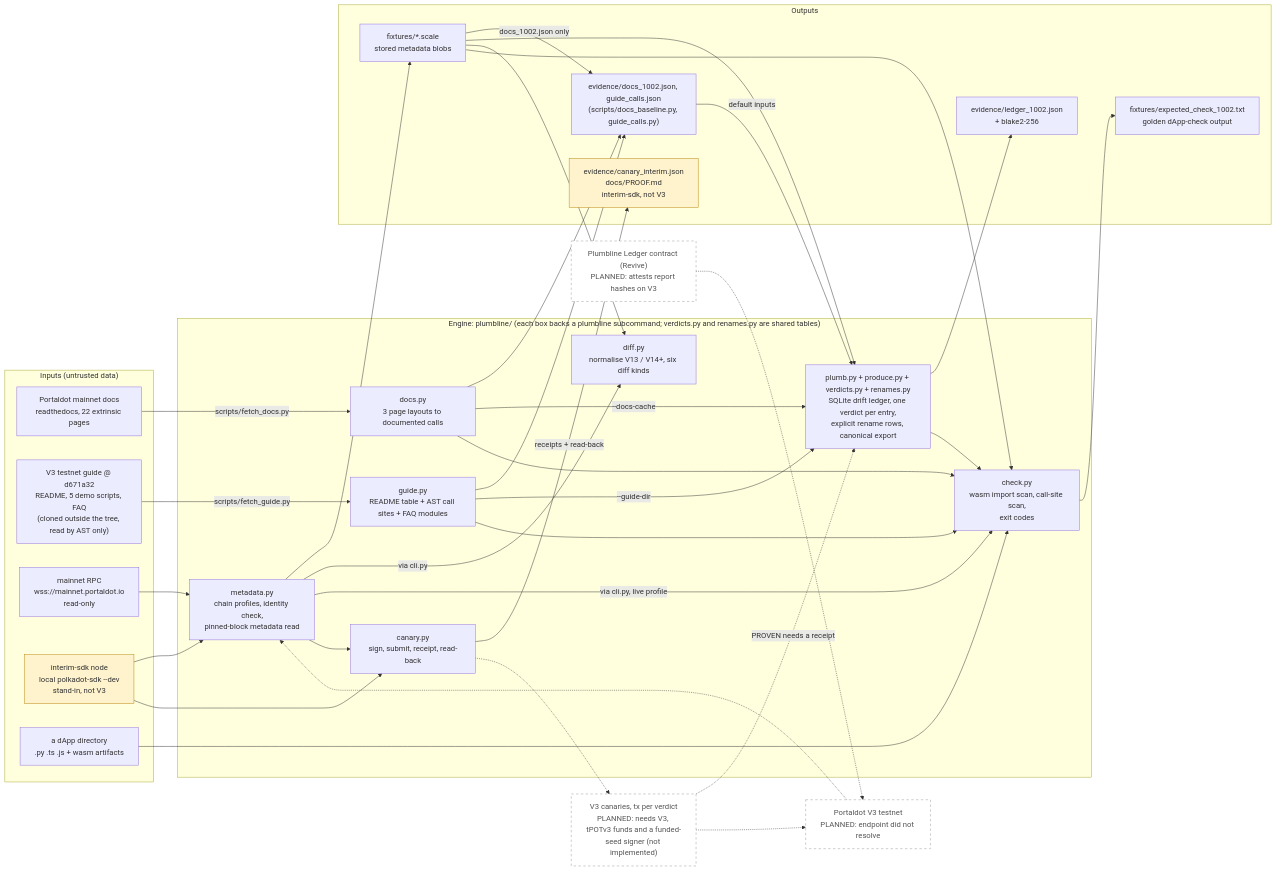
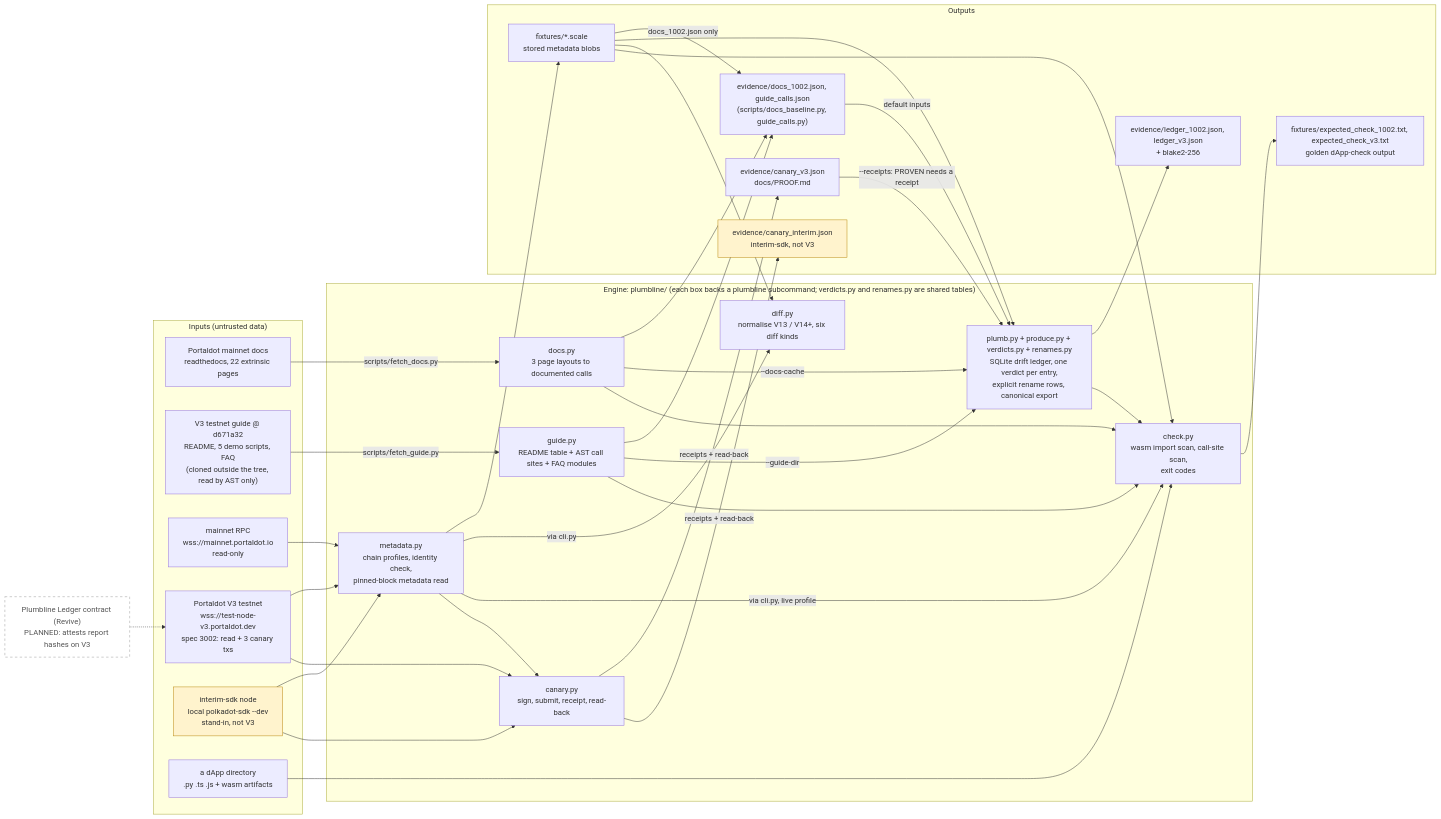
One commit to edycutjong/portaldot-hackathon-2026-plumbline-edycu changed the diagram in README.md. Above: the diagram before and after it, drawn with Mermaid. The commit also changed other lines of this file and 4 other files, not shown here.

Commit message:
docs: README, ARCHITECTURE and evidence index move from 'V3 pending' to the V3 measurements and canaries; metadata hash varies by one Revive default byte between blocks

````diff
--- a/README.md
+++ b/README.md
@@ -78,68 +94,68 @@
 ```mermaid
 flowchart LR
     subgraph IN["Inputs (untrusted data)"]
         RTD["Portaldot mainnet docs<br/>readthedocs, 22 extrinsic pages"]
         GD["V3 testnet guide @ d671a32<br/>README, 5 demo scripts, FAQ<br/>(cloned outside the tree, read by AST only)"]
         MAIN["mainnet RPC<br/>wss://mainnet.portaldot.io<br/>read-only"]
+        V3N["Portaldot V3 testnet<br/>wss://test-node-v3.portaldot.dev<br/>spec 3002: read + 3 canary txs"]
         INT["interim-sdk node<br/>local polkadot-sdk --dev<br/>stand-in, not V3"]
         APP["a dApp directory<br/>.py .ts .js + wasm artifacts"]
     end
 
     subgraph ENG["Engine: plumbline/ (each box backs a plumbline subcommand; verdicts.py and renames.py are shared tables)"]
         MD["metadata.py<br/>chain profiles, identity check,<br/>pinned-block metadata read"]
         DOCS["docs.py<br/>3 page layouts to documented calls"]
         GUIDE["guide.py<br/>README table + AST call sites + FAQ modules"]
         PLUMB["plumb.py + produce.py + verdicts.py + renames.py<br/>SQLite drift ledger, one verdict per entry,<br/>explicit rename rows, canonical export"]
         DIFF["diff.py<br/>normalise V13 / V14+, six diff kinds"]
         CHECK["check.py<br/>wasm import scan, call-site scan,<br/>exit codes"]
         CANARY["canary.py<br/>sign, submit, receipt, read-back"]
     end
 
     subgraph OUT["Outputs"]
         FIX["fixtures/*.scale<br/>stored metadata blobs"]
         TBL["evidence/docs_1002.json, guide_calls.json<br/>(scripts/docs_baseline.py, guide_calls.py)"]
-        EVD["evidence/ledger_1002.json<br/>+ blake2-256"]
-        GOLD["fixtures/expected_check_1002.txt<br/>golden dApp-check output"]
-        PROOF["evidence/canary_interim.json<br/>docs/PROOF.md<br/>interim-sdk, not V3"]
+        EVD["evidence/ledger_1002.json, ledger_v3.json<br/>+ blake2-256"]
+        GOLD["fixtures/expected_check_1002.txt, expected_check_v3.txt<br/>golden dApp-check output"]
+        PROOF["evidence/canary_v3.json<br/>docs/PROOF.md"]
+        PROOFI["evidence/canary_interim.json<br/>interim-sdk, not V3"]
     end
 
     MAIN --> MD
+    V3N --> MD
     INT --> MD
     MD --> FIX
     RTD -->|scripts/fetch_docs.py| DOCS
     GD -->|scripts/fetch_guide.py| GUIDE
     DOCS --> TBL
     GUIDE --> TBL
     FIX -->|docs_1002.json only| TBL
     TBL -->|default inputs| PLUMB
     DOCS -->|--docs-cache| PLUMB
     GUIDE -->|--guide-dir| PLUMB
     FIX --> PLUMB
     PLUMB --> EVD
     FIX --> DIFF
     MD -->|via cli.py| DIFF
     FIX --> CHECK
     MD -->|via cli.py, live profile| CHECK
     APP --> CHECK
     DOCS --> CHECK
     GUIDE --> CHECK
     PLUMB --> CHECK
     CHECK --> GOLD
+    V3N --> CANARY
     INT --> CANARY
     MD --> CANARY
     CANARY -->|receipts + read-back| PROOF
+    CANARY -->|receipts + read-back| PROOFI
+    PROOF -->|--receipts: PROVEN needs a receipt| PLUMB
 
-    V3["Portaldot V3 testnet<br/>PLANNED: endpoint did not resolve"]
     LEDGER["Plumbline Ledger contract (Revive)<br/>PLANNED: attests report hashes on V3"]
-    V3CAN["V3 canaries, tx per verdict<br/>PLANNED: needs V3, tPOTv3 funds and a funded-seed signer (not implemented)"]
-    V3 -.-> MD
-    CANARY -.-> V3CAN
-    V3CAN -.-> V3
-    V3CAN -.->|PROVEN needs a receipt| PLUMB
-    LEDGER -.-> V3
+    LEDGER -.-> V3N
 
     classDef planned stroke-dasharray: 5 5,fill:#fff,stroke:#999,color:#555
     classDef standin fill:#fff3cd,stroke:#b8860b
-    class V3,LEDGER,V3CAN planned
-    class INT,PROOF standin
+    class LEDGER planned
+    class INT,PROOFI standin
 ```
````
